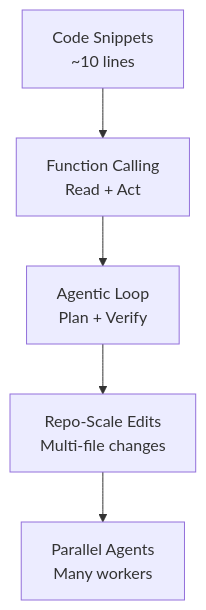
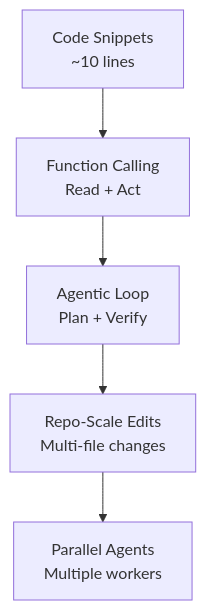
Before and after one commit to mldangelo/eairg-coding-agent-talk: the first of 4 diagrams in slides.md, drawn with Mermaid. The commit also changed other lines of this file, not shown here.

````diff
--- a/slides.md
+++ b/slides.md
@@ -52,7 +54,7 @@
 ```mermaid
 graph TD
     A["Code Snippets<br/>~10 lines"] --> B["Function Calling<br/>Read + Act"]
     B --> C["Agentic Loop<br/>Plan + Verify"]
     C --> D["Repo-Scale Edits<br/>Multi-file changes"]
-    D --> E["Parallel Agents<br/>Many workers"]
+    D --> E["Parallel Agents<br/>Multiple workers"]
 ```
````
